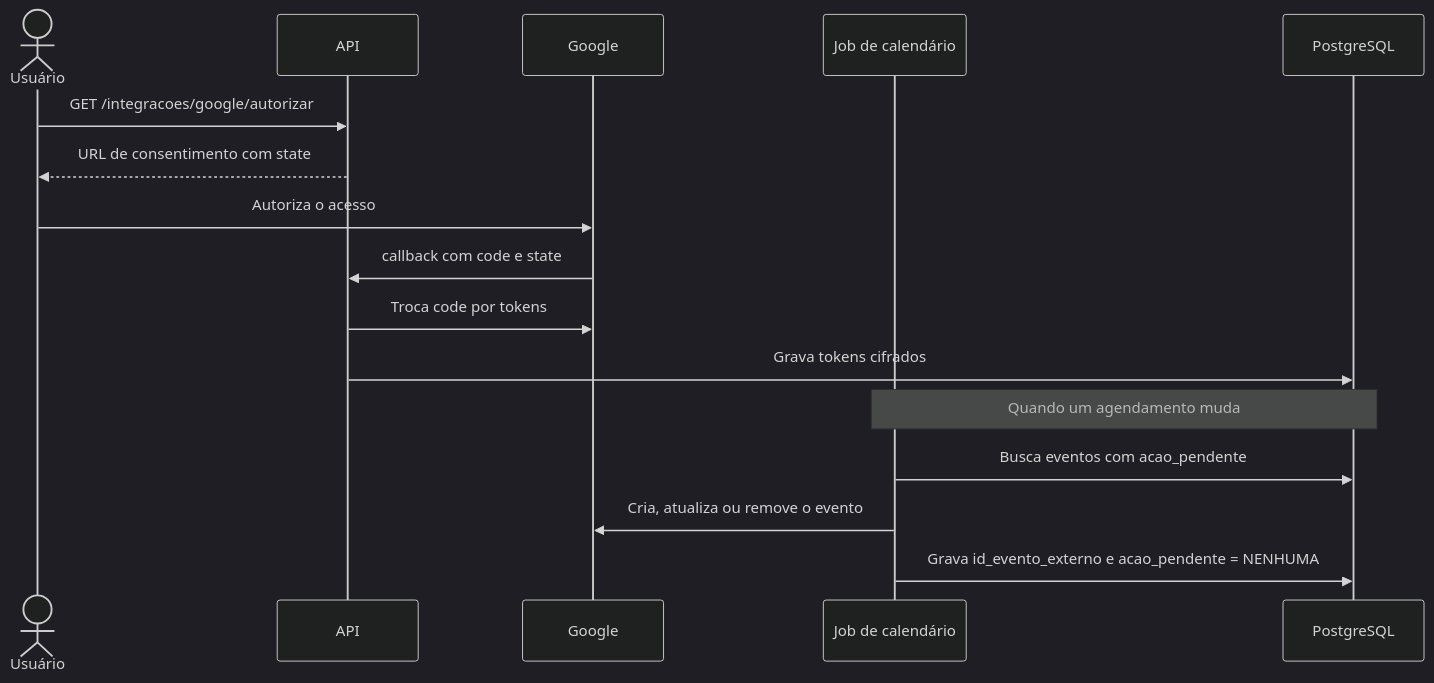
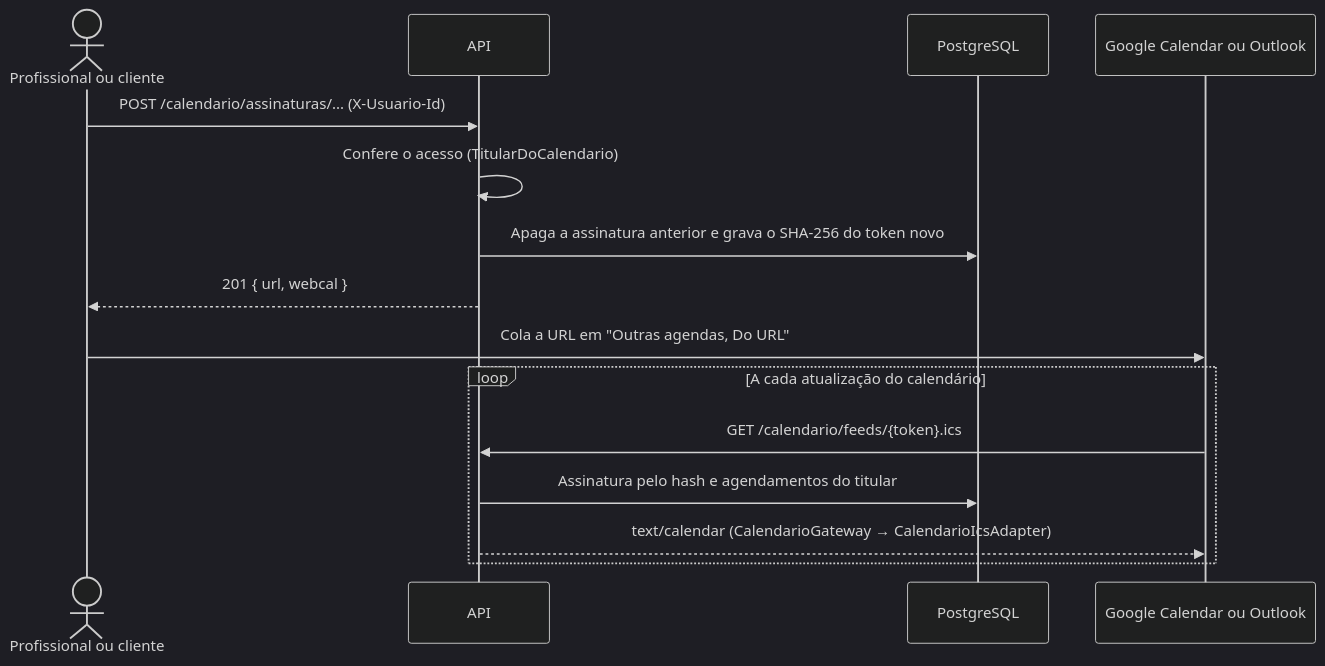
Before and after one commit to c-nnett/prova-sub-fase-3: the sixth of 8 diagrams in artefatos/arquitetura-do-sistema.md, drawn with Mermaid (dark theme). The commit also changed other lines of this file and 3 other files, not shown here.

Commit message:
doc: Concluindo o feed .ics do calendário e a funcionalidade 7, com a assinatura no Google adiada para o deploy

````diff
--- a/artefatos/arquitetura-do-sistema.md
+++ b/artefatos/arquitetura-do-sistema.md
@@ -342,20 +345,18 @@
 ```mermaid
 sequenceDiagram
-    actor U as Usuário
+    actor U as Profissional ou cliente
     participant API as API
-    participant G as Google
-    participant Job as Job de calendário
     participant DB as PostgreSQL
+    participant G as Google Calendar ou Outlook
 
-    U->>API: GET /integracoes/google/autorizar
-    API-->>U: URL de consentimento com state
-    U->>G: Autoriza o acesso
-    G->>API: callback com code e state
-    API->>G: Troca code por tokens
-    API->>DB: Grava tokens cifrados
-
-    Note over Job,DB: Quando um agendamento muda
-    Job->>DB: Busca eventos com acao_pendente
-    Job->>G: Cria, atualiza ou remove o evento
-    Job->>DB: Grava id_evento_externo e acao_pendente = NENHUMA
+    U->>API: POST /calendario/assinaturas/... (X-Usuario-Id)
+    API->>API: Confere o acesso (TitularDoCalendario)
+    API->>DB: Apaga a assinatura anterior e grava o SHA-256 do token novo
+    API-->>U: 201 { url, webcal }
+    U->>G: Cola a URL em "Outras agendas, Do URL"
+    loop A cada atualização do calendário
+        G->>API: GET /calendario/feeds/{token}.ics
+        API->>DB: Assinatura pelo hash e agendamentos do titular
+        API-->>G: text/calendar (CalendarioGateway → CalendarioIcsAdapter)
+    end
 ```
````
